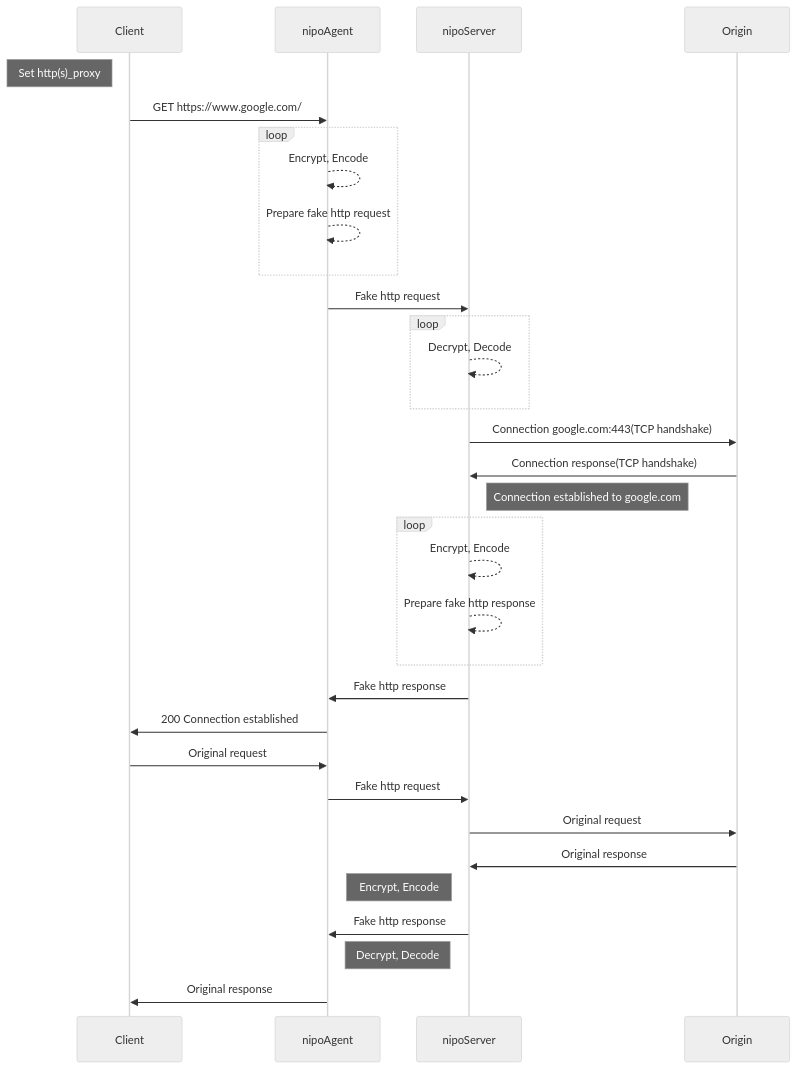
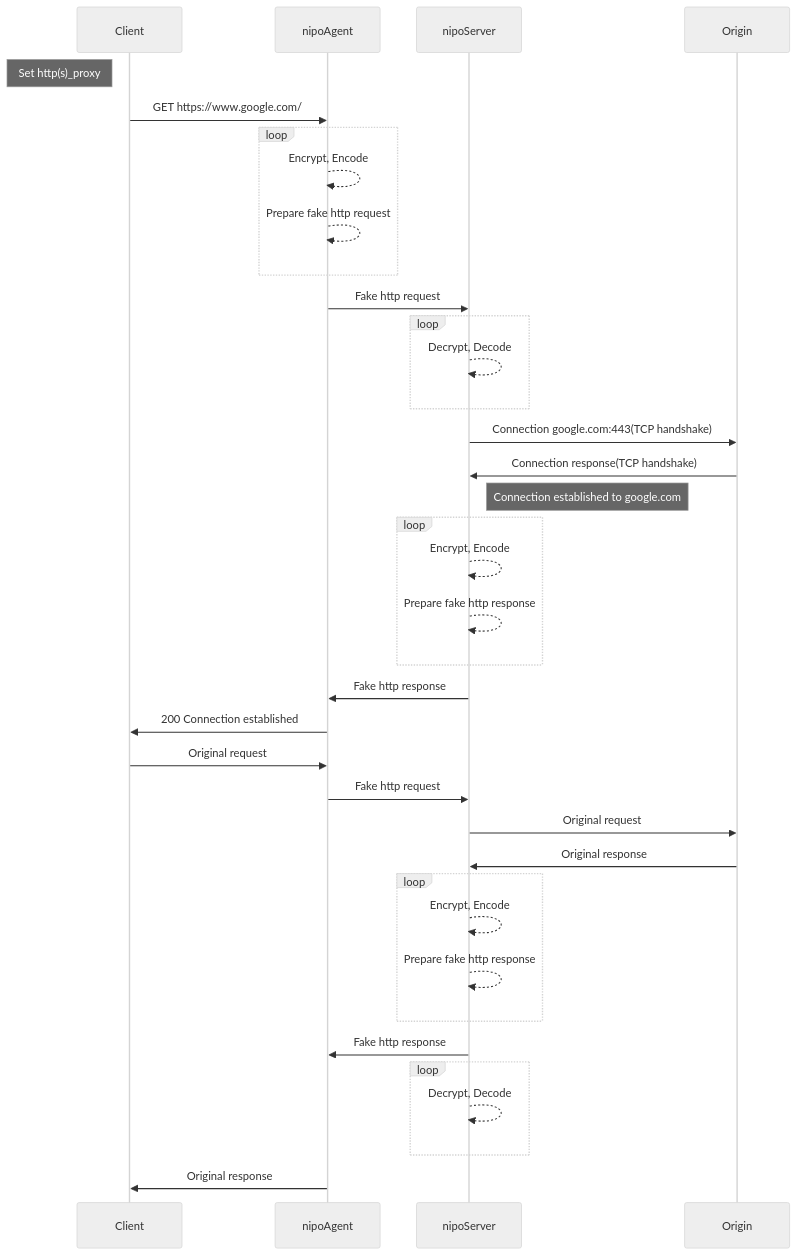
Before and after one commit to MortezaBashsiz/nipovpn: the diagram in README.md, drawn with Mermaid (neutral theme).

Commit message:
Test Readme

````diff
--- a/README.md
+++ b/README.md
@@ -6,32 +6,37 @@
 ```mermaid
 sequenceDiagram
 Note left of Client: Set http(s)_proxy
 Client ->> nipoAgent: GET https://www.google.com/ 
 loop
     nipoAgent-->>nipoAgent: Encrypt, Encode
     nipoAgent-->>nipoAgent: Prepare fake http request
 end
 nipoAgent ->> nipoServer: Fake http request
 loop
     nipoServer-->>nipoServer: Decrypt, Decode
 end
 nipoServer ->> Origin: Connection google.com:443(TCP handshake)
 Origin ->> nipoServer: Connection response(TCP handshake)
 Note right of nipoServer: Connection established to google.com
 loop
     nipoServer-->>nipoServer: Encrypt, Encode
     nipoServer-->>nipoServer: Prepare fake http response
 end
 nipoServer ->> nipoAgent: Fake http response
 nipoAgent ->> Client: 200 Connection established
 Client ->> nipoAgent: Original request
 nipoAgent ->> nipoServer: Fake http request
 nipoServer ->> Origin: Original request
 Origin ->> nipoServer: Original response
-Note left of nipoServer: Encrypt, Encode
+loop
+    nipoServer-->>nipoServer: Encrypt, Encode
+    nipoServer-->>nipoServer: Prepare fake http response
+end
 nipoServer ->> nipoAgent: Fake http response
-Note right of nipoAgent: Decrypt, Decode
+loop
+    nipoServer-->>nipoServer: Decrypt, Decode
+end
 nipoAgent ->> Client: Original response
 
 
 ```
````
